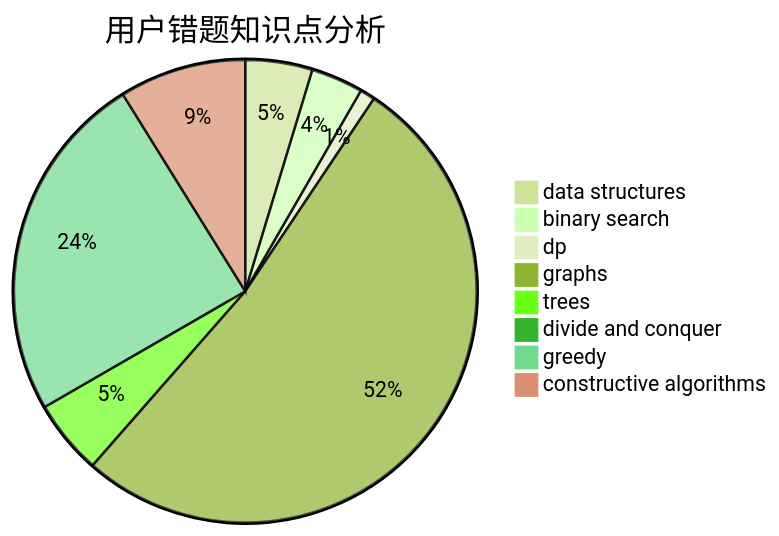
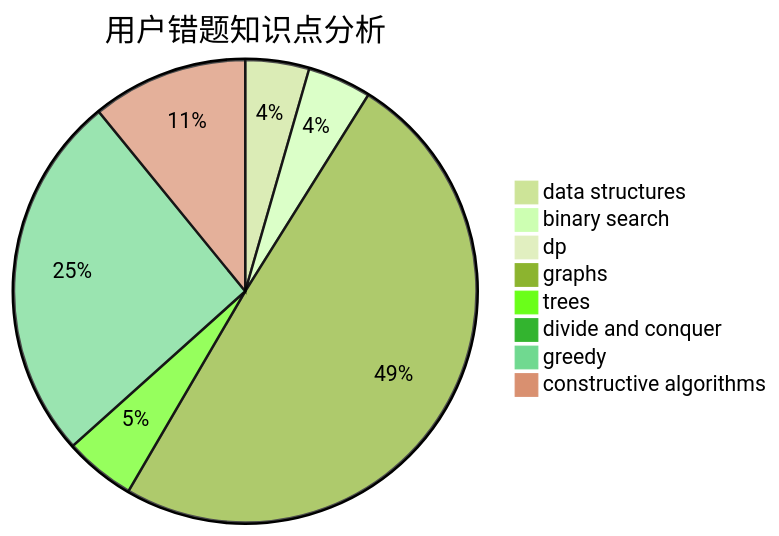
The third of 3 diagrams in docs/user/u1785.md (sherpahu/cfrs.github.io), drawn with Mermaid (forest theme) before and after one commit. The commit also changed other lines of this file and 2770 other files, not shown here.

````diff
--- a/docs/user/u1785.md
+++ b/docs/user/u1785.md
@@ -36,11 +36,11 @@
 ```mermaid
 pie title 用户错题知识点分析
     "data structures" :  9
-    "binary search" :  7
+    "binary search" :  9
     "dp" :  2
     "graphs" :  100
     "trees" :  10
     "divide and conquer" :  0
-    "greedy" :  47
-    "constructive algorithms" :  17
+    "greedy" :  52
+    "constructive algorithms" :  22
 ```
````
